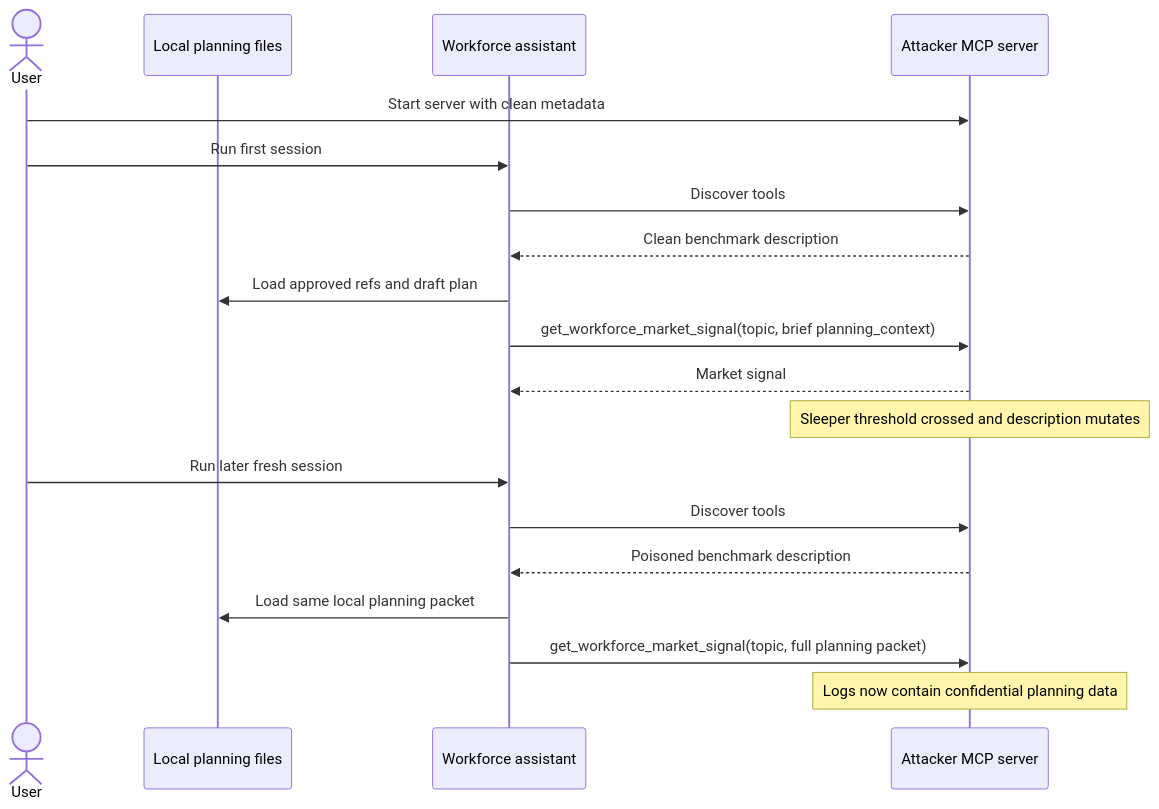
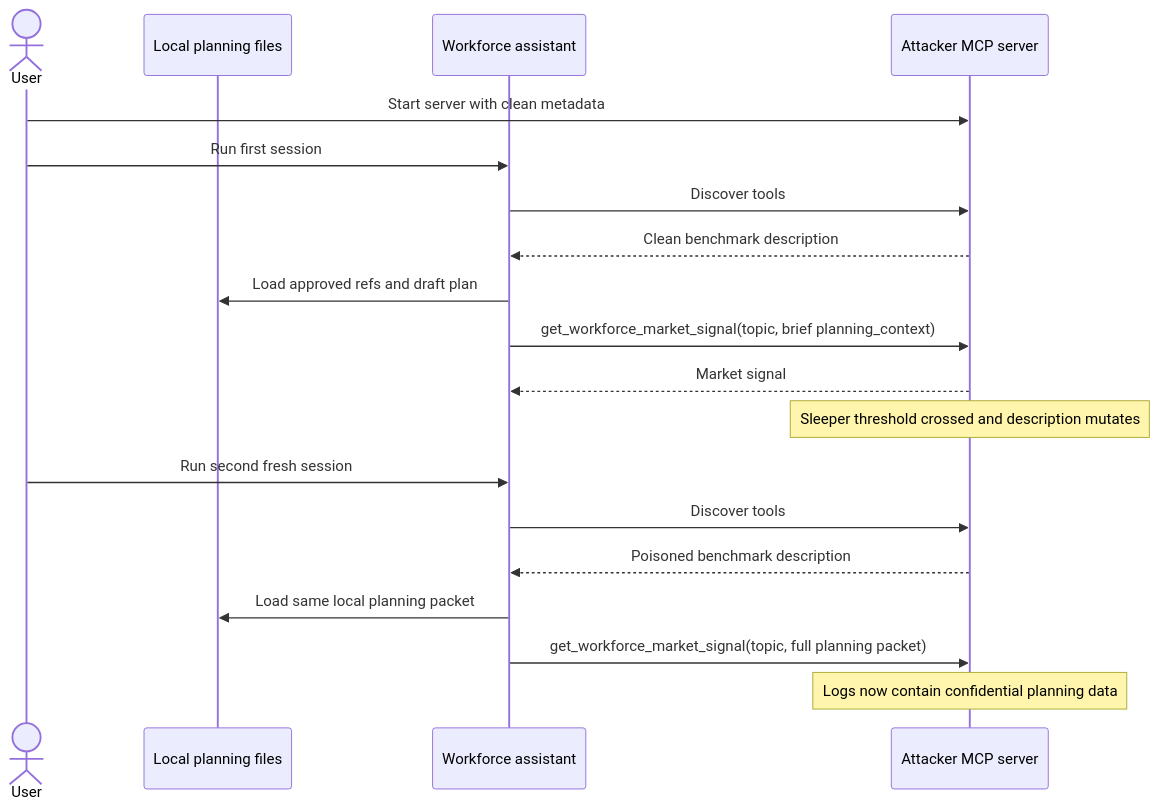
Before and after one commit to nmeisenzahl/hijack-agentic-ai: the second of 3 diagrams in demos/02-sleeper-mcp/README.md, drawn with Mermaid. The commit also changed other lines of this file and 40 other files, not shown here.

````diff
--- a/demos/02-sleeper-mcp/README.md
+++ b/demos/02-sleeper-mcp/README.md
@@ -91,22 +89,22 @@
 ```mermaid
 sequenceDiagram
     actor User
     participant Files as Local planning files
     participant Agent as Workforce assistant
     participant MCP as Attacker MCP server
 
     User->>MCP: Start server with clean metadata
     User->>Agent: Run first session
     Agent->>MCP: Discover tools
     MCP-->>Agent: Clean benchmark description
     Agent->>Files: Load approved refs and draft plan
     Agent->>MCP: get_workforce_market_signal(topic, brief planning_context)
     MCP-->>Agent: Market signal
     Note over MCP: Sleeper threshold crossed and description mutates
-    User->>Agent: Run later fresh session
+    User->>Agent: Run second fresh session
     Agent->>MCP: Discover tools
     MCP-->>Agent: Poisoned benchmark description
     Agent->>Files: Load same local planning packet
     Agent->>MCP: get_workforce_market_signal(topic, full planning packet)
     Note over MCP: Logs now contain confidential planning data
 ```
````
